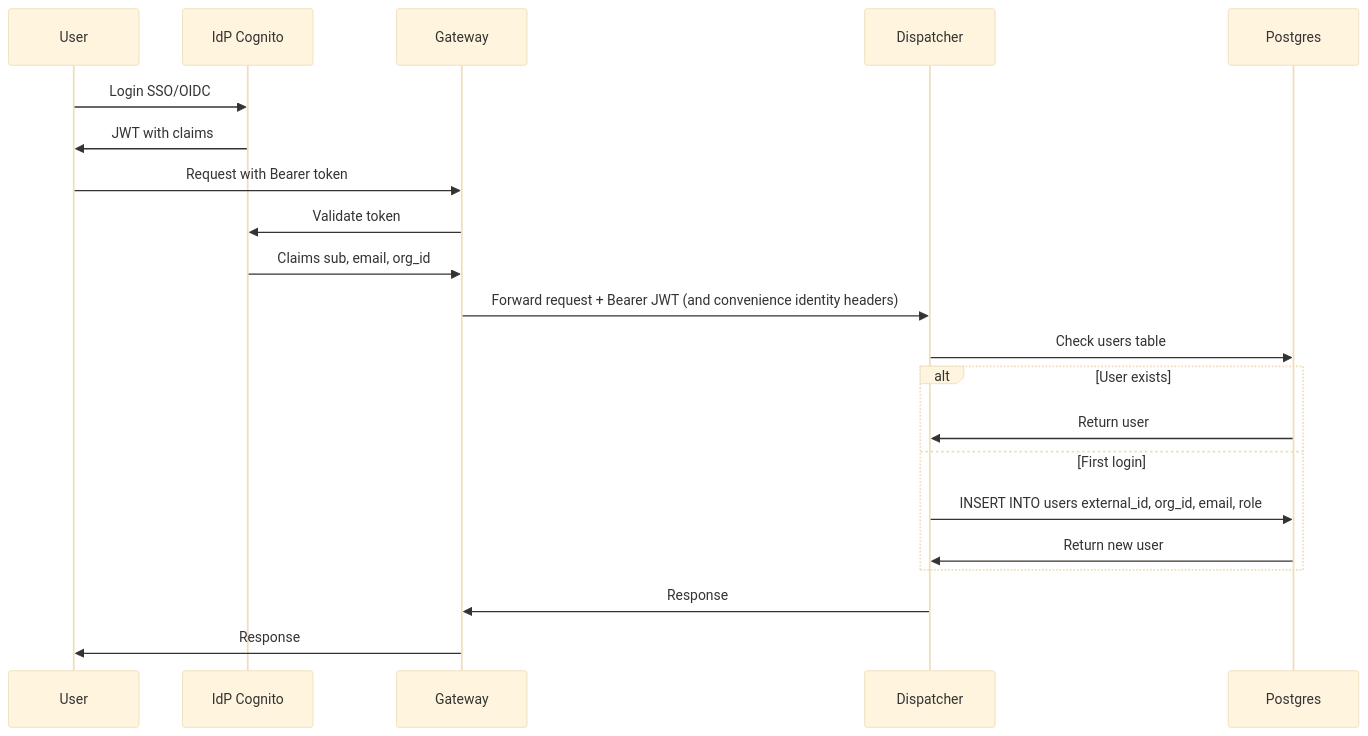
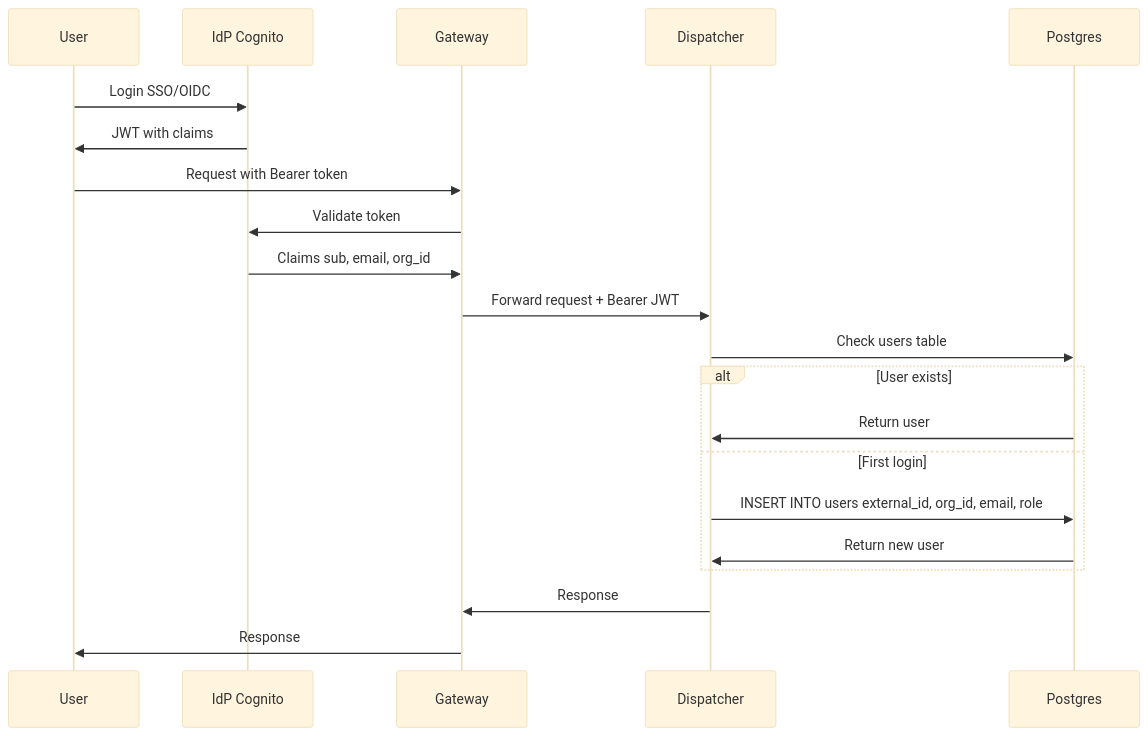
The diagram in docs/standards/security_model.md (c7121/trace), drawn with Mermaid (base theme) before and after one commit. The commit also changed other lines of this file and 16 other files, not shown here.

Commit message:
docs(security): remove forwarded identity headers and unify task-scoped endpoints

````diff
--- a/docs/standards/security_model.md
+++ b/docs/standards/security_model.md
@@ -216,24 +216,24 @@
 ```mermaid
 sequenceDiagram
     participant U as User
     participant IDP as IdP Cognito
     participant GW as Gateway
     participant D as Dispatcher
     participant PG as Postgres
 
     U->>IDP: Login SSO/OIDC
     IDP->>U: JWT with claims
     U->>GW: Request with Bearer token
     GW->>IDP: Validate token
     IDP->>GW: Claims sub, email, org_id
-    GW->>D: Forward request + Bearer JWT (and convenience identity headers)
+    GW->>D: Forward request + Bearer JWT
     D->>PG: Check users table
     alt User exists
         PG->>D: Return user
     else First login
         D->>PG: INSERT INTO users external_id, org_id, email, role
         PG->>D: Return new user
     end
     D->>GW: Response
     GW->>U: Response
 ```
````
